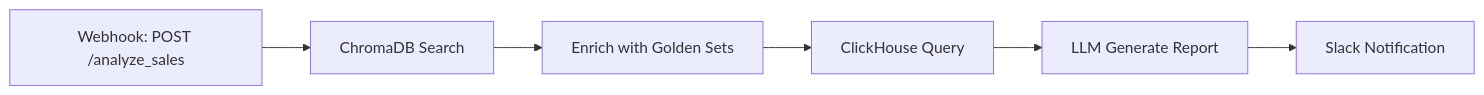
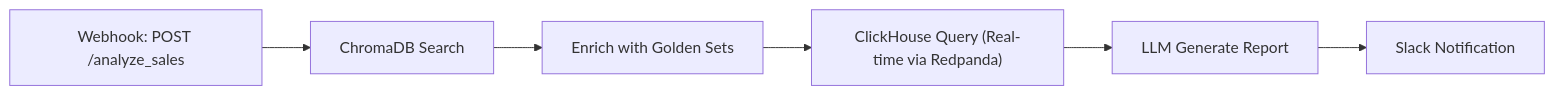
The diagram in .agent/AI_INTEGRATION.md (imarthe75/superset-stack-docker), drawn with Mermaid before and after one commit. The commit also changed other lines of this file and 5 other files, not shown here.

````diff
--- a/.agent/AI_INTEGRATION.md
+++ b/.agent/AI_INTEGRATION.md
@@ -218,9 +218,9 @@
 ```mermaid
 graph LR
     A[Webhook: POST /analyze_sales] 
     --> B["ChromaDB Search"]
     --> C["Enrich with Golden Sets"]
-    --> D["ClickHouse Query"]
+    --> D["ClickHouse Query (Real-time via Redpanda)"]
     --> E["LLM Generate Report"]
     --> F["Slack Notification"]
 ```
````
